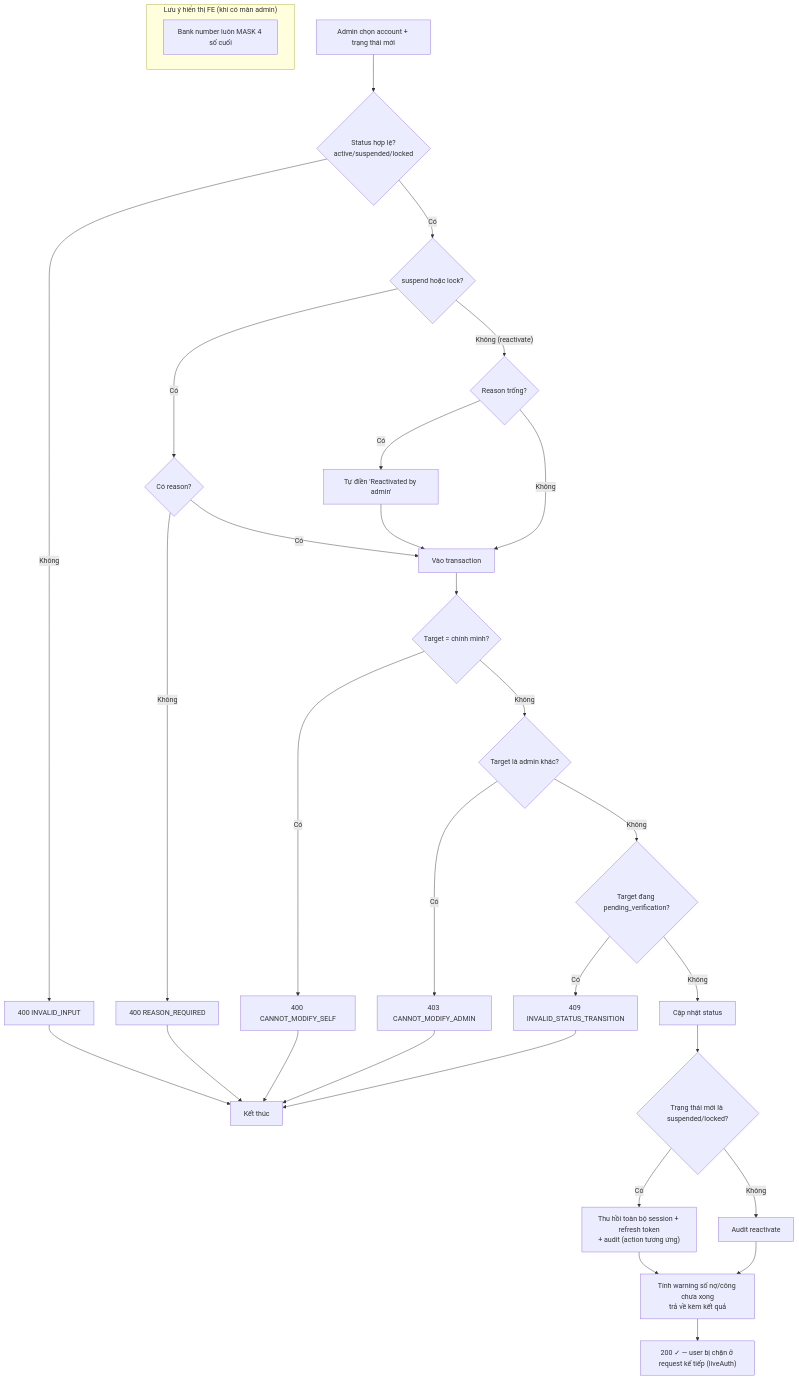
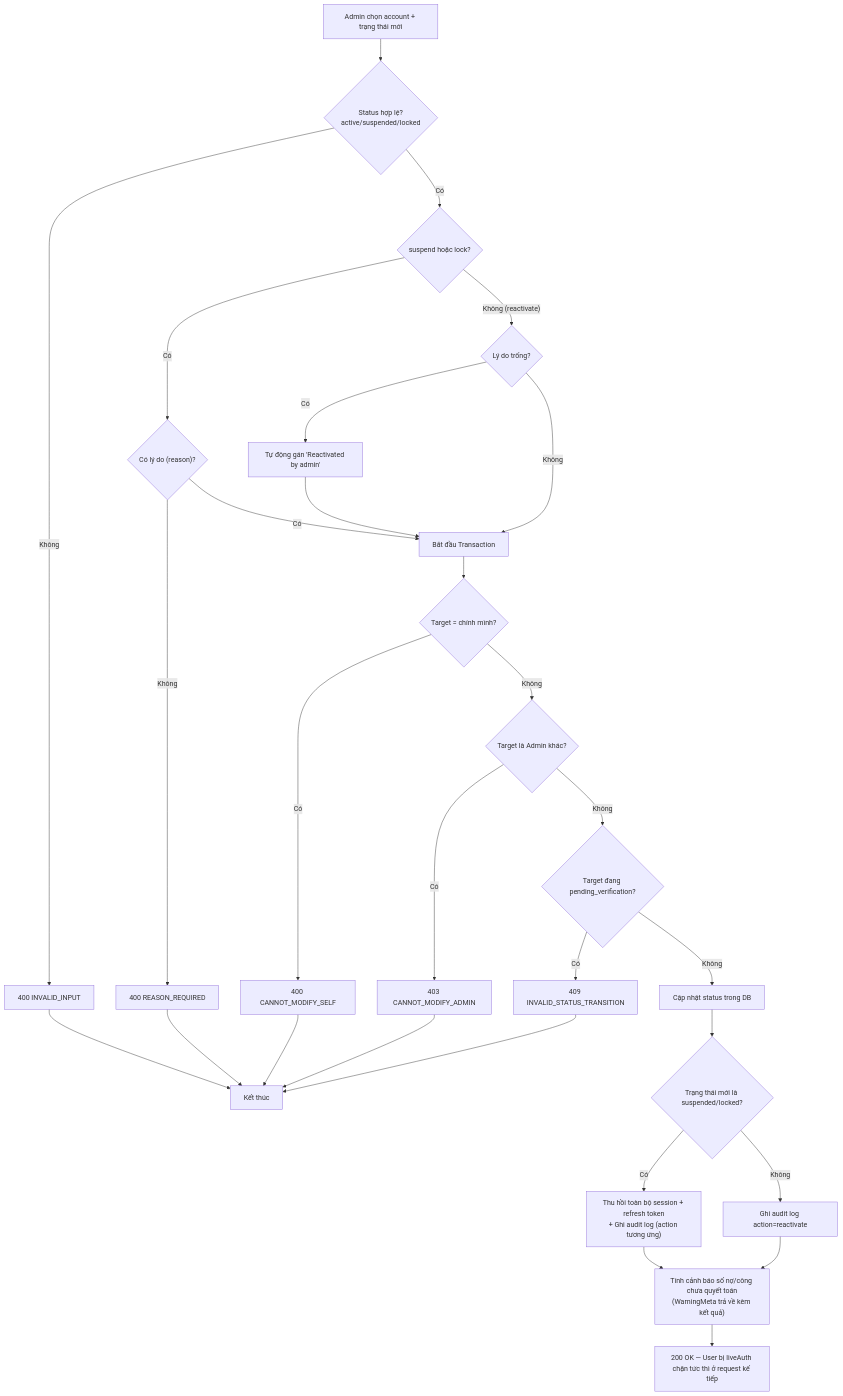
Before and after one commit to FintechVSF-Tranning/PaySplit-RP: the fifth of 5 diagrams in flow/06-admin.md, drawn with Mermaid. The commit also changed other lines of this file and 3 other files, not shown here.

````diff
--- a/flow/06-admin.md
+++ b/flow/06-admin.md
@@ -117,29 +196,25 @@
 ```mermaid
 flowchart TD
     A["Admin chọn account + trạng thái mới"] --> B{"Status hợp lệ?<br/>active/suspended/locked"}
     B -->|"Không"| B1["400 INVALID_INPUT"] --> Z["Kết thúc"]
     B -->|"Có"| C{"suspend hoặc lock?"}
-    C -->|"Có"| D{"Có reason?"}
+    C -->|"Có"| D{"Có lý do (reason)?"}
     D -->|"Không"| D1["400 REASON_REQUIRED"] --> Z
-    D -->|"Có"| E["Vào transaction"]
-    C -->|"Không (reactivate)"| F{"Reason trống?"}
-    F -->|"Có"| G["Tự điền 'Reactivated by admin'"] --> E
+    D -->|"Có"| E["Bắt đầu Transaction"]
+    C -->|"Không (reactivate)"| F{"Lý do trống?"}
+    F -->|"Có"| G["Tự động gán 'Reactivated by admin'"] --> E
     F -->|"Không"| E
     E --> H{"Target = chính mình?"}
     H -->|"Có"| H1["400 CANNOT_MODIFY_SELF"] --> Z
-    H -->|"Không"| I{"Target là admin khác?"}
+    H -->|"Không"| I{"Target là Admin khác?"}
     I -->|"Có"| I1["403 CANNOT_MODIFY_ADMIN"] --> Z
     I -->|"Không"| J{"Target đang pending_verification?"}
     J -->|"Có"| J1["409 INVALID_STATUS_TRANSITION"] --> Z
-    J -->|"Không"| K["Cập nhật status"]
+    J -->|"Không"| K["Cập nhật status trong DB"]
     K --> L{"Trạng thái mới là suspended/locked?"}
-    L -->|"Có"| M["Thu hồi toàn bộ session + refresh token<br/>+ audit (action tương ứng)"]
-    L -->|"Không"| N["Audit reactivate"]
-    M --> O["Tính warning số nợ/công chưa xong<br/>trả về kèm kết quả"]
+    L -->|"Có"| M["Thu hồi toàn bộ session + refresh token<br/>+ Ghi audit log (action tương ứng)"]
+    L -->|"Không"| N["Ghi audit log action=reactivate"]
+    M --> O["Tính cảnh báo số nợ/công chưa quyết toán<br/>(WarningMeta trả về kèm kết quả)"]
     N --> O
-    O --> P["200 ✓ — user bị chặn ở request kế tiếp (liveAuth)"]
-
-    subgraph Z2["Lưu ý hiển thị FE (khi có màn admin)"]
-        W1["Bank number luôn MASK 4 số cuối"]
-    end
+    O --> P["200 OK — User bị liveAuth chặn tức thì ở request kế tiếp"]
 ```
````
